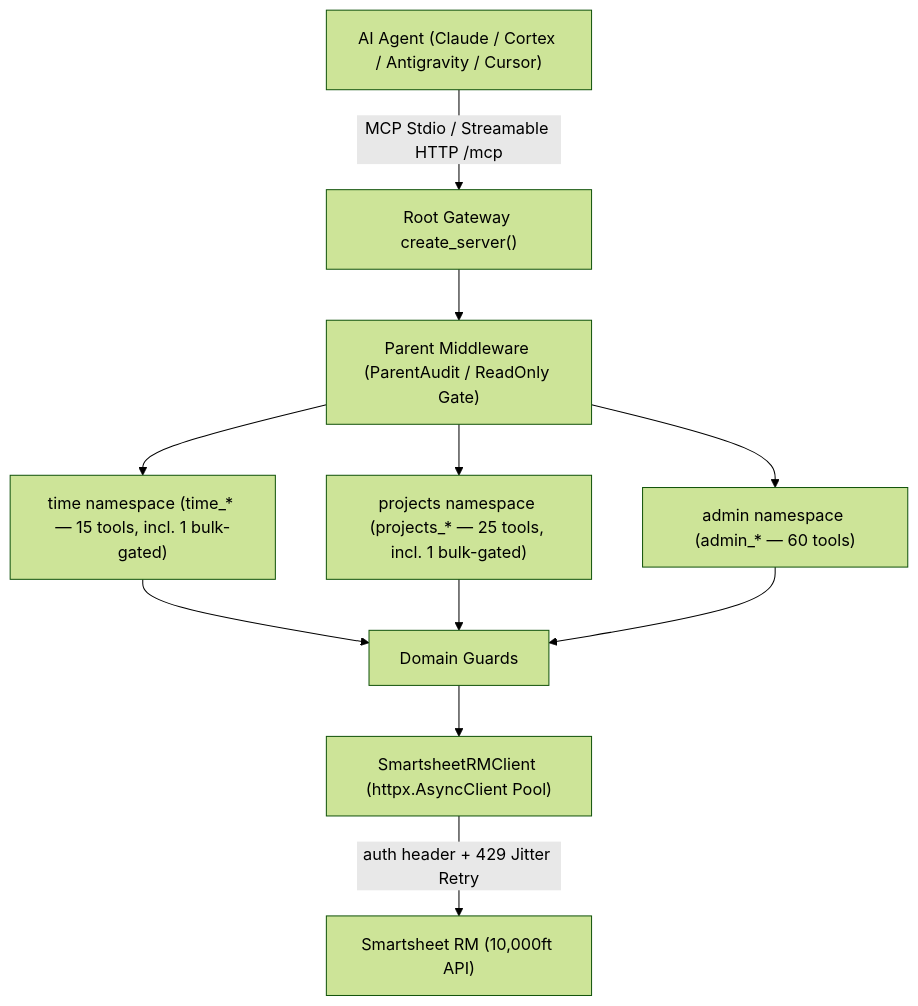
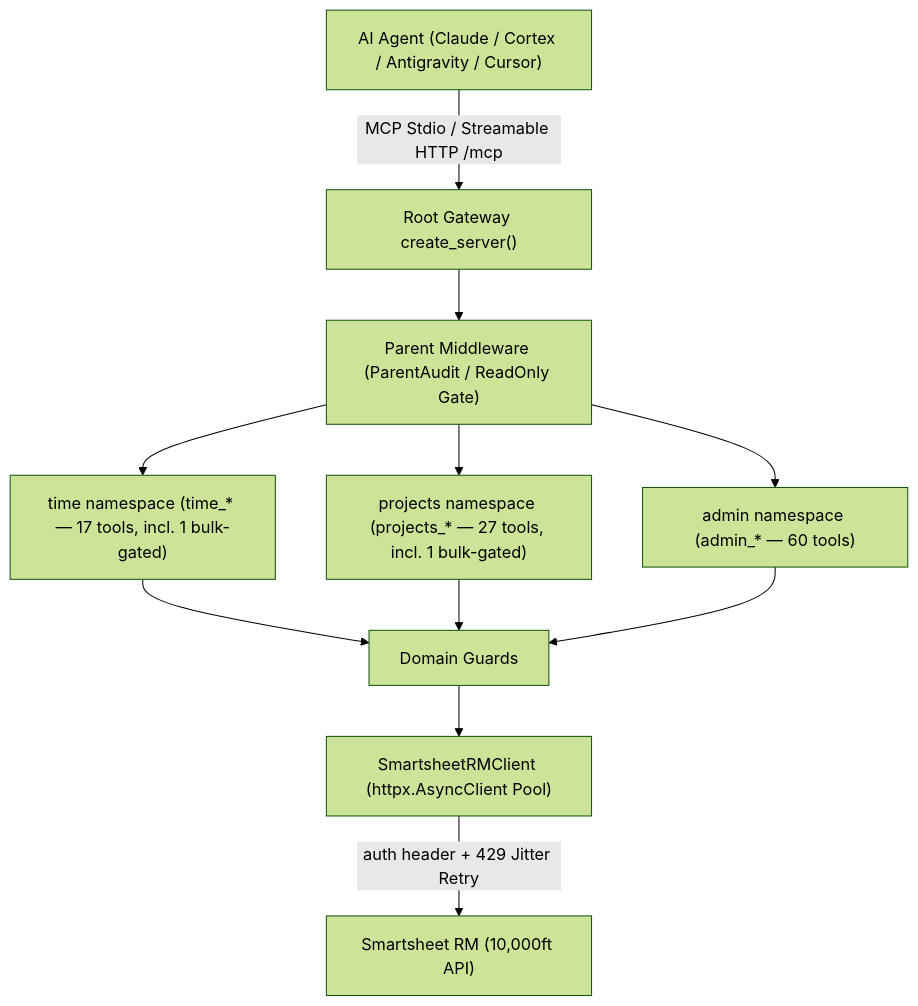
The diagram in README.md (christianclaudio/mcp-server-smartsheet-rm), drawn with Mermaid (forest theme) before and after one commit. The commit also changed other lines of this file and 11 other files, not shown here.

First line of the commit message:
feat: add create tools for the documented nested time-entry and assignment routes

````diff
--- a/README.md
+++ b/README.md
@@ -18,13 +18,13 @@
 ```mermaid
 graph TD
     Client["AI Agent (Claude / Cortex / Antigravity / Cursor)"] -->|"MCP Stdio / Streamable HTTP /mcp"| Server["Root Gateway create_server()"]
     Server --> Middle["Parent Middleware (ParentAudit / ReadOnly Gate)"]
-    Middle --> SubTime["time namespace (time_* — 15 tools, incl. 1 bulk-gated)"]
-    Middle --> SubProj["projects namespace (projects_* — 25 tools, incl. 1 bulk-gated)"]
+    Middle --> SubTime["time namespace (time_* — 17 tools, incl. 1 bulk-gated)"]
+    Middle --> SubProj["projects namespace (projects_* — 27 tools, incl. 1 bulk-gated)"]
     Middle --> SubAdmin["admin namespace (admin_* — 60 tools)"]
     SubTime --> Guards["Domain Guards"]
     SubProj --> Guards
     SubAdmin --> Guards
     Guards --> ClientPool["SmartsheetRMClient (httpx.AsyncClient Pool)"]
     ClientPool -->|"auth header + 429 Jitter Retry"| API["Smartsheet RM (10,000ft API)"]
 ```
````
